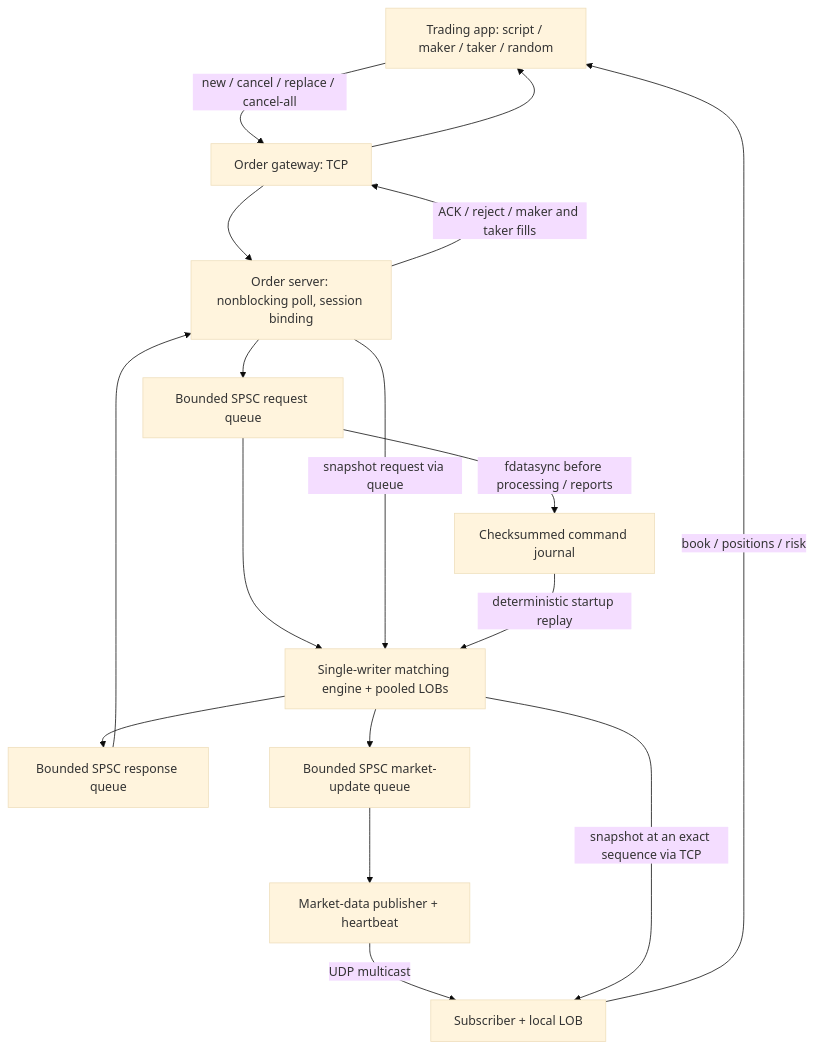
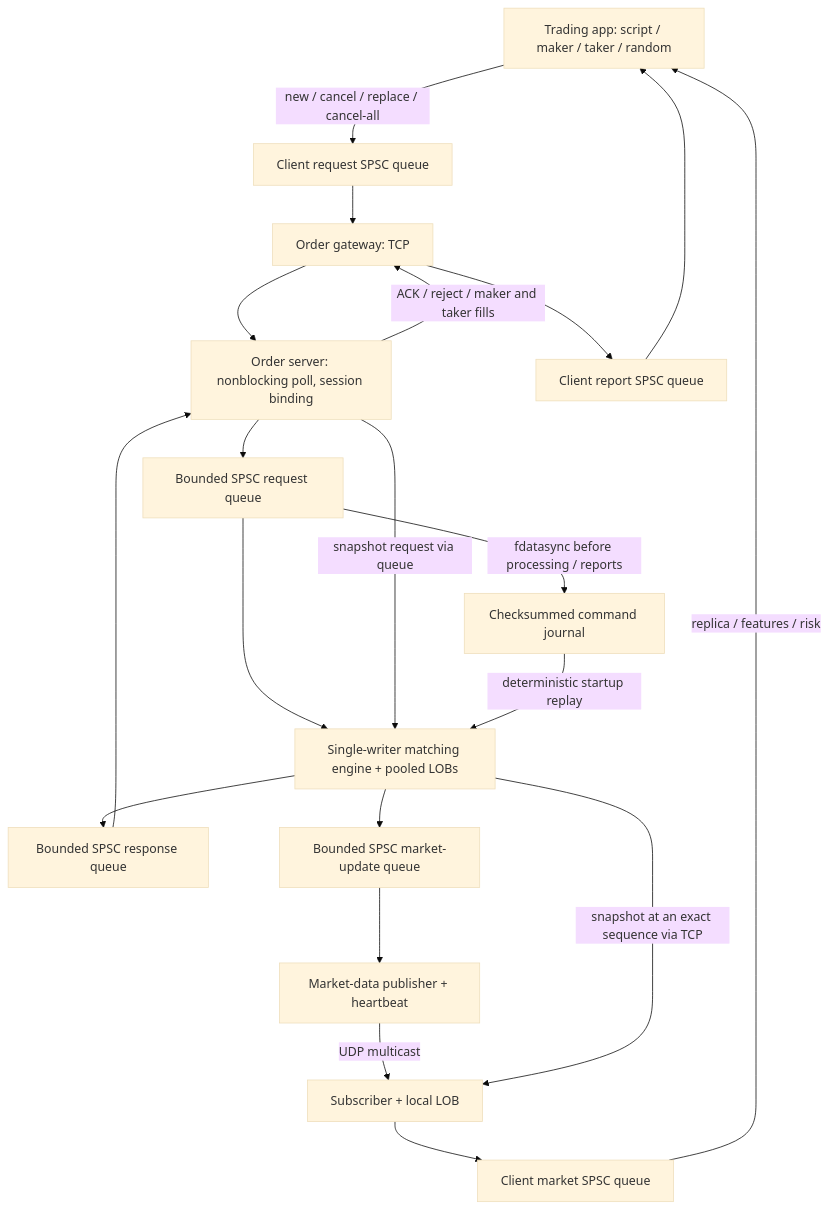
The diagram in docs/trading_system.md (thuvanhoang00/limit_order_book), drawn with Mermaid (base theme) before and after one commit. The commit also changed other lines of this file and 18 other files, not shown here.

Commit message:
feat: unify durable exchange with queued trading and market features

````diff
--- a/docs/trading_system.md
+++ b/docs/trading_system.md
@@ -13,22 +20,25 @@
 ```mermaid
 flowchart TD
     APP[Trading app: script / maker / taker / random]
     GW[Order gateway: TCP]
     IO[Order server: nonblocking poll, session binding]
     REQ[Bounded SPSC request queue]
     ME[Single-writer matching engine + pooled LOBs]
     RESP[Bounded SPSC response queue]
     MD[Bounded SPSC market-update queue]
     PUB[Market-data publisher + heartbeat]
     LOCAL[Subscriber + local LOB]
     JOURNAL[Checksummed command journal]
-    APP -->|new / cancel / replace / cancel-all| GW
+    CQ[Client request SPSC queue]
+    CR[Client report SPSC queue]
+    CM[Client market SPSC queue]
+    APP -->|new / cancel / replace / cancel-all| CQ --> GW
     GW --> IO --> REQ --> ME
     ME --> RESP --> IO
-    IO -->|ACK / reject / maker and taker fills| GW --> APP
-    ME --> MD --> PUB -->|UDP multicast| LOCAL -->|book / positions / risk| APP
+    IO -->|ACK / reject / maker and taker fills| GW --> CR --> APP
+    ME --> MD --> PUB -->|UDP multicast| LOCAL --> CM -->|replica / features / risk| APP
     IO -->|snapshot request via queue| ME
     ME -->|snapshot at an exact sequence via TCP| LOCAL
     REQ -->|fdatasync before processing / reports| JOURNAL
     JOURNAL -->|deterministic startup replay| ME
 ```
````
